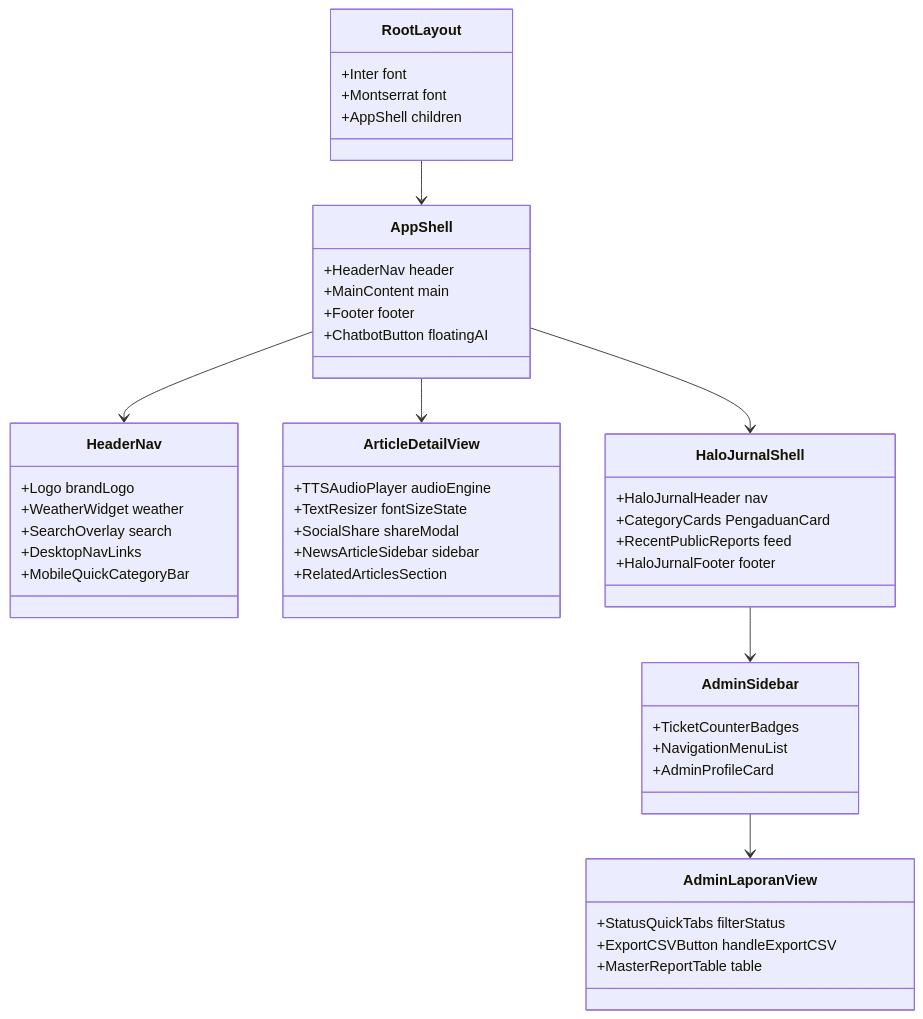
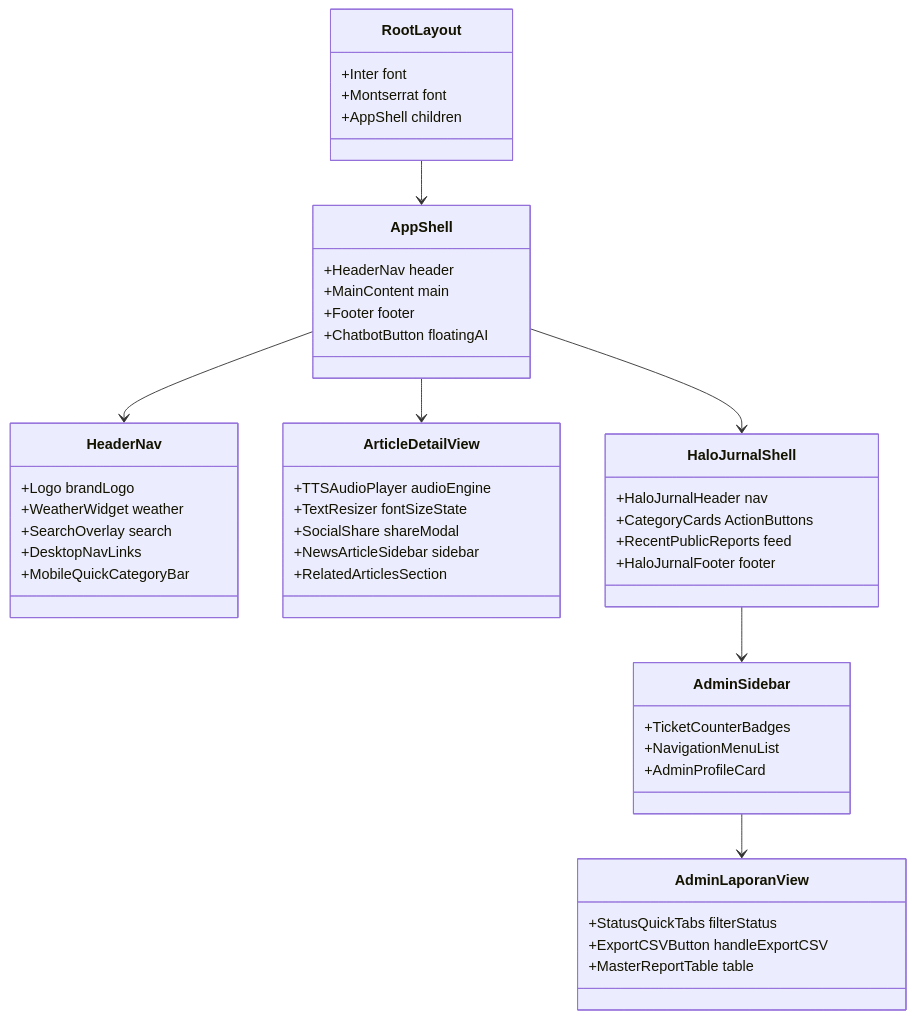
Before and after one commit to jurnal-vibes/jurnalvibes-website: the third of 5 diagrams in docs/dokumentasi-sistem.md, drawn with Mermaid. The commit also changed other lines of this file and 12 other files, not shown here.

````diff
--- a/docs/dokumentasi-sistem.md
+++ b/docs/dokumentasi-sistem.md
@@ -749,57 +776,57 @@
 ```mermaid
 classDiagram
     class RootLayout {
         +Inter font
         +Montserrat font
         +AppShell children
     }
 
     class AppShell {
         +HeaderNav header
         +MainContent main
         +Footer footer
         +ChatbotButton floatingAI
     }
 
     class HeaderNav {
         +Logo brandLogo
         +WeatherWidget weather
         +SearchOverlay search
         +DesktopNavLinks
         +MobileQuickCategoryBar
     }
 
     class ArticleDetailView {
         +TTSAudioPlayer audioEngine
         +TextResizer fontSizeState
         +SocialShare shareModal
         +NewsArticleSidebar sidebar
         +RelatedArticlesSection
     }
 
     class HaloJurnalShell {
         +HaloJurnalHeader nav
-        +CategoryCards PengaduanCard
+        +CategoryCards ActionButtons
         +RecentPublicReports feed
         +HaloJurnalFooter footer
     }
 
     class AdminLaporanView {
         +StatusQuickTabs filterStatus
         +ExportCSVButton handleExportCSV
         +MasterReportTable table
     }
 
     class AdminSidebar {
         +TicketCounterBadges
         +NavigationMenuList
         +AdminProfileCard
     }
 
     RootLayout --> AppShell
     AppShell --> HeaderNav
     AppShell --> ArticleDetailView
     AppShell --> HaloJurnalShell
     HaloJurnalShell --> AdminSidebar
     AdminSidebar --> AdminLaporanView
 ```
````
